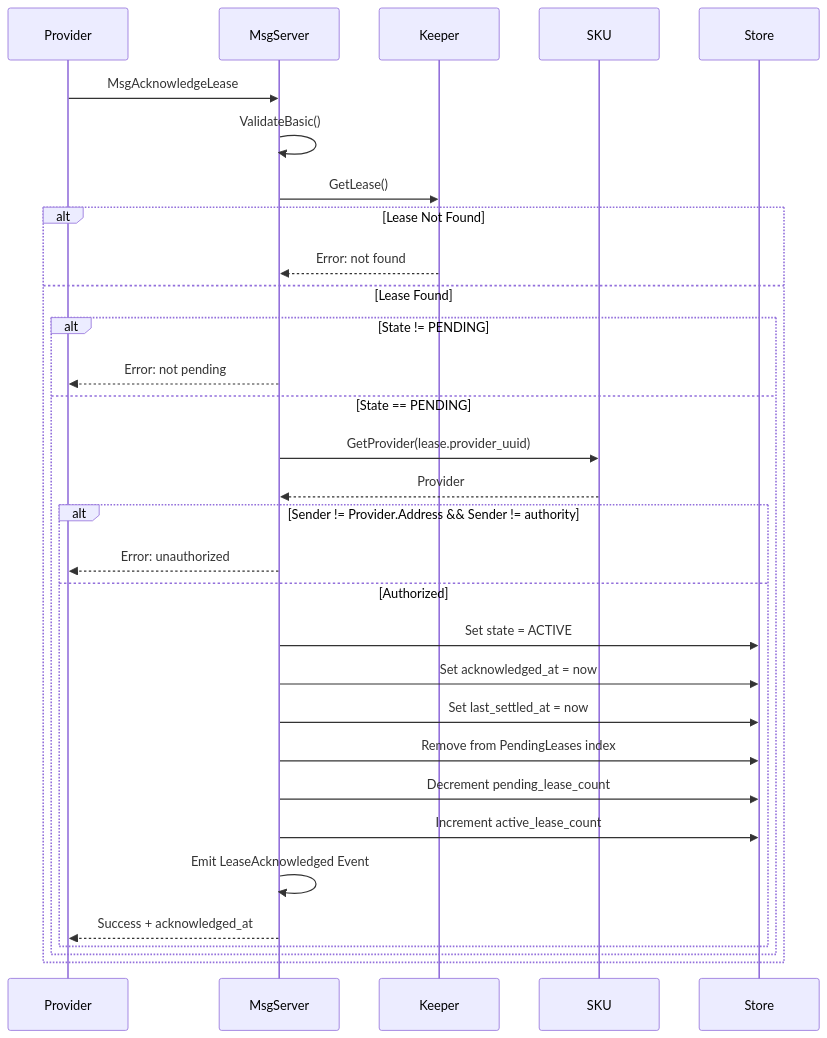
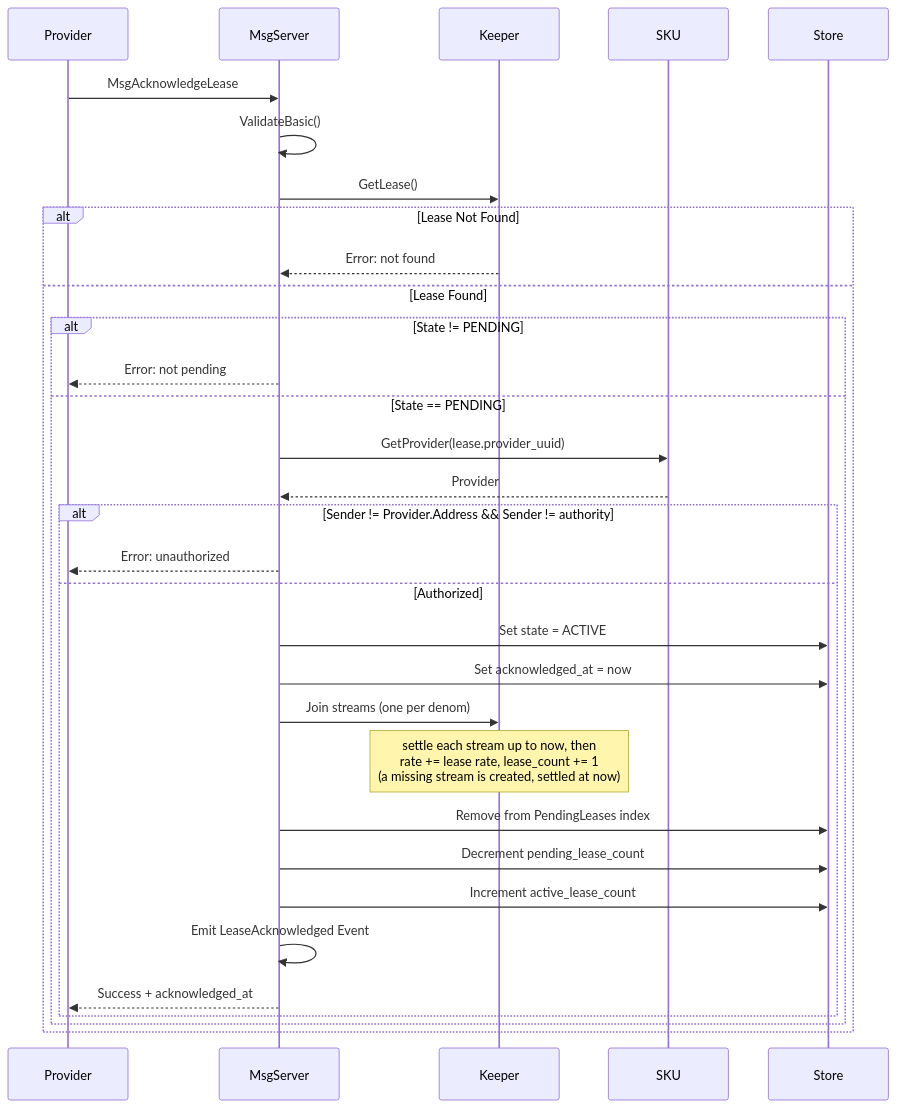
The seventh of 13 diagrams in x/billing/docs/ARCHITECTURE.md (manifest-network/manifest-ledger), drawn with Mermaid before and after one commit. The commit also changed other lines of this file and 73 other files, not shown here.

````diff
--- a/x/billing/docs/ARCHITECTURE.md
+++ b/x/billing/docs/ARCHITECTURE.md
@@ -329,36 +383,37 @@
 ```mermaid
 sequenceDiagram
     participant Provider
     participant MsgServer
     participant Keeper
     participant SKU
     participant Store
     
     Provider->>MsgServer: MsgAcknowledgeLease
     MsgServer->>MsgServer: ValidateBasic()
     MsgServer->>Keeper: GetLease()
     
     alt Lease Not Found
         Keeper-->>MsgServer: Error: not found
     else Lease Found
         alt State != PENDING
             MsgServer-->>Provider: Error: not pending
         else State == PENDING
             MsgServer->>SKU: GetProvider(lease.provider_uuid)
             SKU-->>MsgServer: Provider
             
             alt Sender != Provider.Address && Sender != authority
                 MsgServer-->>Provider: Error: unauthorized
             else Authorized
                 MsgServer->>Store: Set state = ACTIVE
                 MsgServer->>Store: Set acknowledged_at = now
-                MsgServer->>Store: Set last_settled_at = now
+                MsgServer->>Keeper: Join streams (one per denom)
+                Note over Keeper: settle each stream up to now, then<br/>rate += lease rate, lease_count += 1<br/>(a missing stream is created, settled at now)
                 MsgServer->>Store: Remove from PendingLeases index
                 MsgServer->>Store: Decrement pending_lease_count
                 MsgServer->>Store: Increment active_lease_count
                 MsgServer->>MsgServer: Emit LeaseAcknowledged Event
                 MsgServer-->>Provider: Success + acknowledged_at
             end
         end
     end
 ```
````
